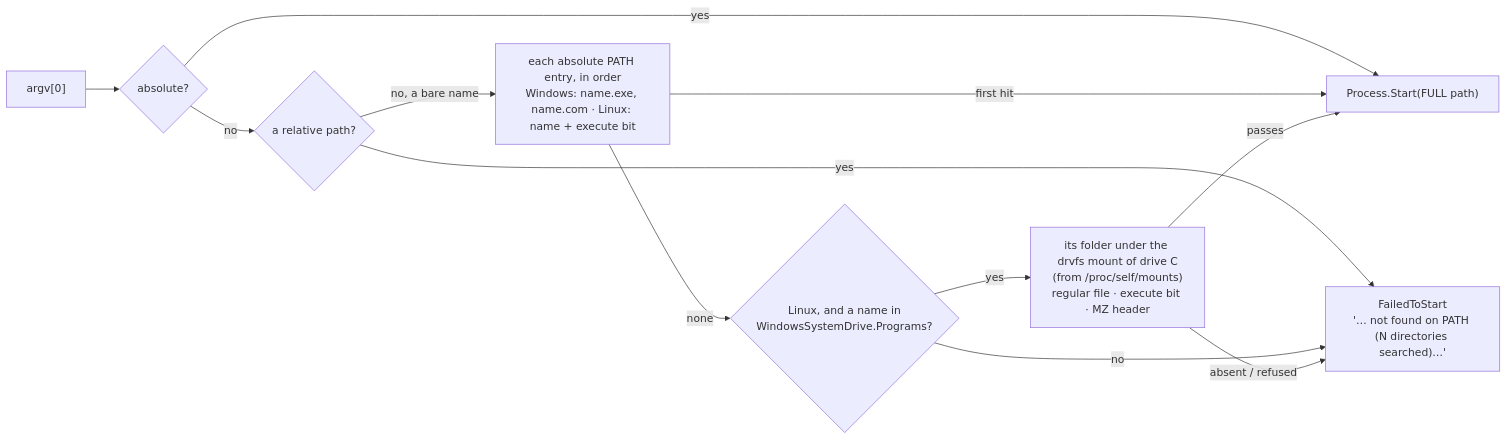
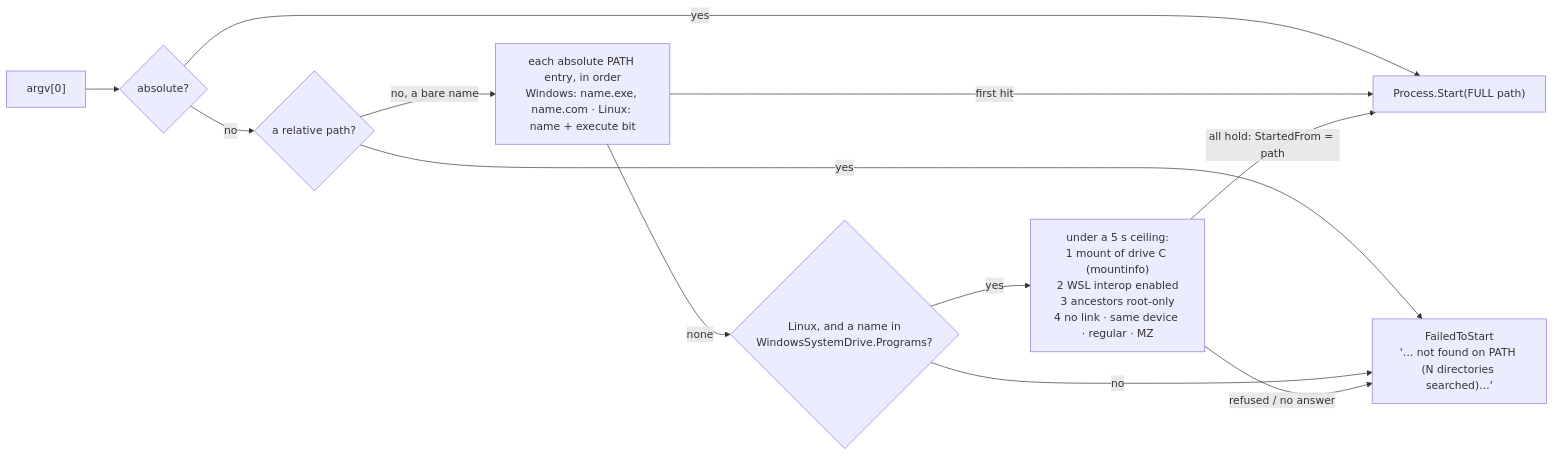
Before and after one commit to oleksandrdubyna88/wsl_care: the first of 25 diagrams in research/architecture.md, drawn with Mermaid. The commit also changed other lines of this file and 15 other files, not shown here.

````diff
--- a/research/architecture.md
+++ b/research/architecture.md
@@ -157,22 +179,22 @@
 ```mermaid
 flowchart LR
     argv["argv[0]"]
     abs{"absolute?"}
     rel{"a relative path?"}
     walk["each absolute PATH entry, in order<br/>Windows: name.exe, name.com · Linux: name + execute bit"]
     found["Process.Start(FULL path)"]
     fail["FailedToStart<br/>'… not found on PATH (N directories searched)…'"]
     listed{"Linux, and a name in<br/>WindowsSystemDrive.Programs?"}
-    drive["its folder under the drvfs mount of drive C<br/>(from /proc/self/mounts)<br/>regular file · execute bit · MZ header"]
+    drive["under a 5 s ceiling:<br/>1 mount of drive C (mountinfo)<br/>2 WSL interop enabled<br/>3 ancestors root-only<br/>4 no link · same device · regular · MZ"]
     argv --> abs
     abs -->|yes| found
     abs -->|no| rel
     rel -->|yes| fail
     rel -->|no, a bare name| walk
     walk -->|first hit| found
     walk -->|none| listed
     listed -->|no| fail
     listed -->|yes| drive
-    drive -->|passes| found
-    drive -->|absent / refused| fail
+    drive -->|all hold: StartedFrom = path| found
+    drive -->|refused / no answer| fail
 ```
````
